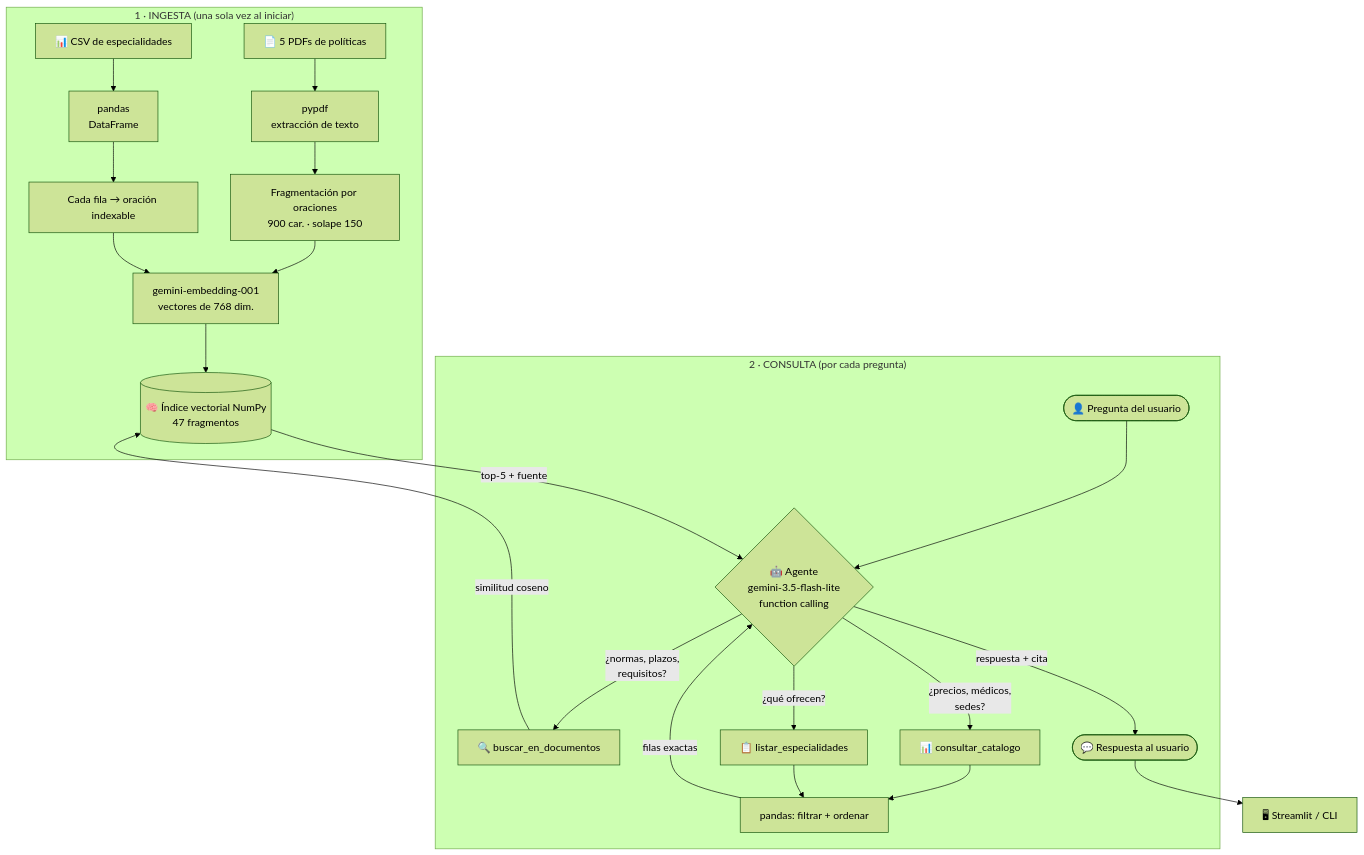
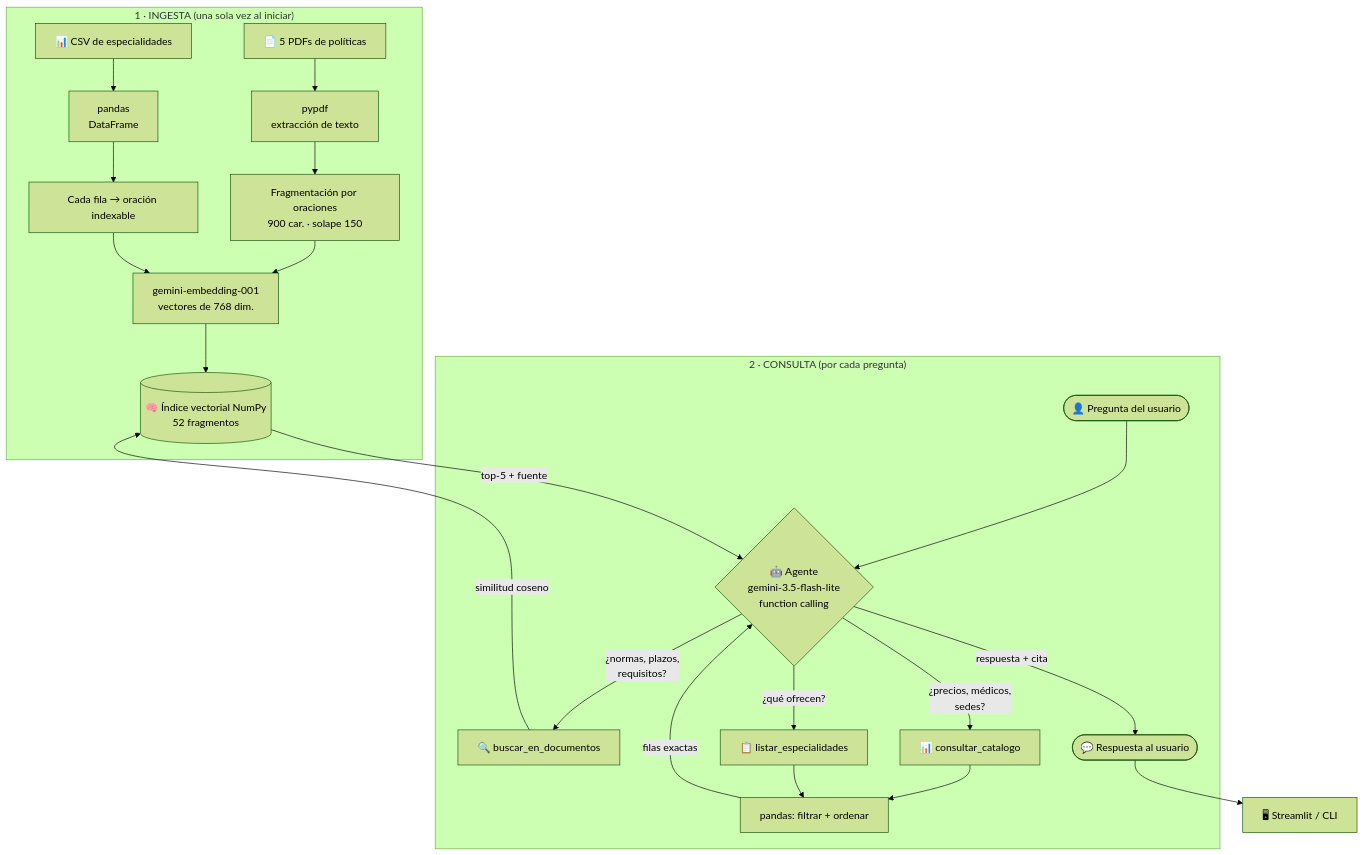
The diagram in README.md (luccii591/challenge-alura-agente-vidasana), drawn with Mermaid (forest theme) before and after one commit. The commit also changed other lines of this file and 9 other files, not shown here.

````diff
--- a/README.md
+++ b/README.md
@@ -75,28 +81,28 @@
 ```mermaid
 flowchart TD
     subgraph INGESTA["1 · INGESTA (una sola vez al iniciar)"]
         PDF["📄 5 PDFs de políticas"] --> EXTRAER["pypdf<br/>extracción de texto"]
         CSV["📊 CSV de especialidades"] --> PANDAS["pandas<br/>DataFrame"]
         EXTRAER --> CHUNK["Fragmentación por oraciones<br/>900 car. · solape 150"]
         PANDAS --> FILA["Cada fila → oración indexable"]
         CHUNK --> EMB["gemini-embedding-001<br/>vectores de 768 dim."]
         FILA --> EMB
-        EMB --> IDX[("🧠 Índice vectorial NumPy<br/>47 fragmentos")]
+        EMB --> IDX[("🧠 Índice vectorial NumPy<br/>52 fragmentos")]
     end
 
     subgraph CONSULTA["2 · CONSULTA (por cada pregunta)"]
         USUARIO(["👤 Pregunta del usuario"]) --> AGENTE
         AGENTE{"🤖 Agente<br/>gemini-3.5-flash-lite<br/>function calling"}
         AGENTE -->|"¿normas, plazos,<br/>requisitos?"| T1["🔍 buscar_en_documentos"]
         AGENTE -->|"¿precios, médicos,<br/>sedes?"| T2["📊 consultar_catalogo"]
         AGENTE -->|"¿qué ofrecen?"| T3["📋 listar_especialidades"]
         T1 -->|similitud coseno| IDX
         T2 --> PANDAS2["pandas: filtrar + ordenar"]
         T3 --> PANDAS2
         IDX -->|"top-5 + fuente"| AGENTE
         PANDAS2 -->|"filas exactas"| AGENTE
         AGENTE -->|"respuesta + cita"| SALIDA(["💬 Respuesta al usuario"])
     end
 
     SALIDA --> UI["🖥 Streamlit / CLI"]
 ```
````
